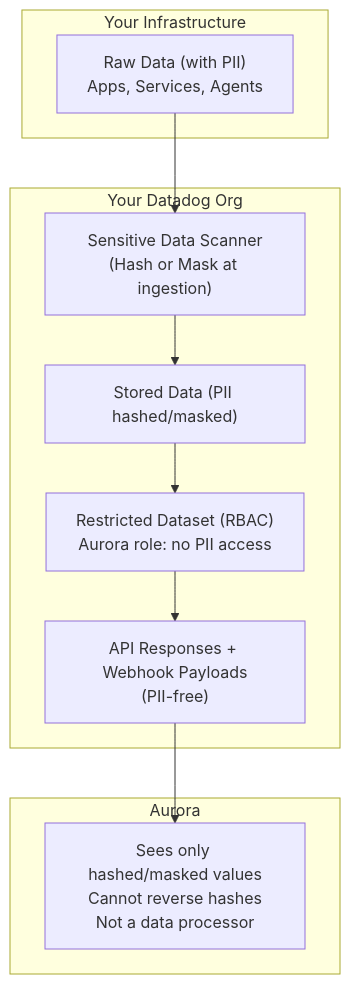
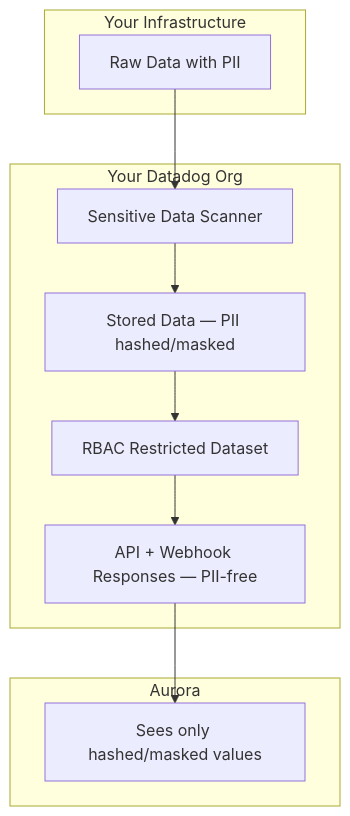
One commit to Arvo-AI/aurora changed the diagram in website/docs/configuration/data-access/datadog.md. Above: the diagram before and after it, drawn with Mermaid.

Commit message:
Shorten Mermaid node labels to prevent text clipping

````diff
--- a/website/docs/configuration/data-access/datadog.md
+++ b/website/docs/configuration/data-access/datadog.md
@@ -19,22 +19,22 @@
 ```mermaid
 flowchart TB
     subgraph infra["Your Infrastructure"]
-        raw["Raw Data (with PII)\nApps, Services, Agents"]
+        raw["Raw Data with PII"]
     end
 
     subgraph datadog["Your Datadog Org"]
-        sds["Sensitive Data Scanner\n(Hash or Mask at ingestion)"]
-        stored["Stored Data (PII hashed/masked)"]
-        rbac["Restricted Dataset (RBAC)\nAurora role: no PII access"]
-        output["API Responses + Webhook Payloads\n(PII-free)"]
+        sds["Sensitive Data Scanner"]
+        stored["Stored Data — PII hashed/masked"]
+        rbac["RBAC Restricted Dataset"]
+        output["API + Webhook Responses — PII-free"]
 
         sds --> stored --> rbac --> output
     end
 
     subgraph aurora["Aurora"]
-        agent["Sees only hashed/masked values\nCannot reverse hashes\nNot a data processor"]
+        agent["Sees only hashed/masked values"]
     end
 
     raw --> sds
     output --> agent
 ```
````
